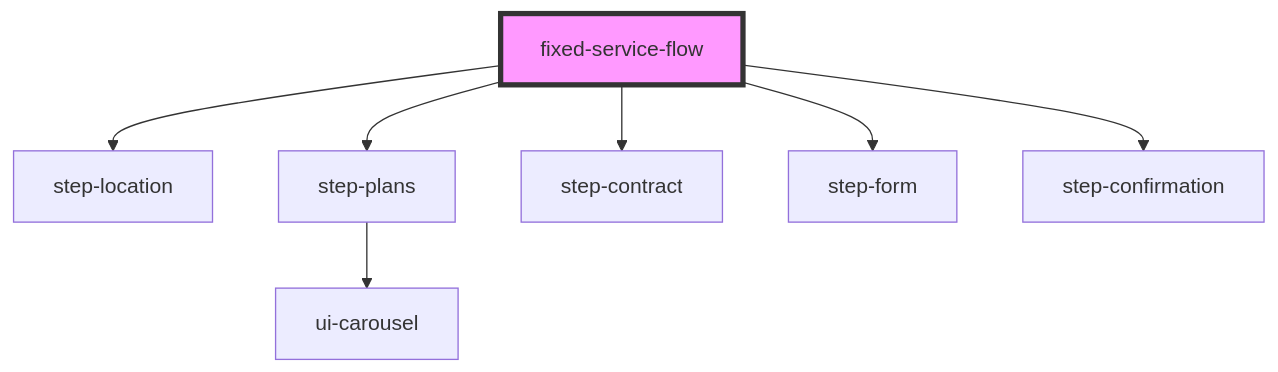
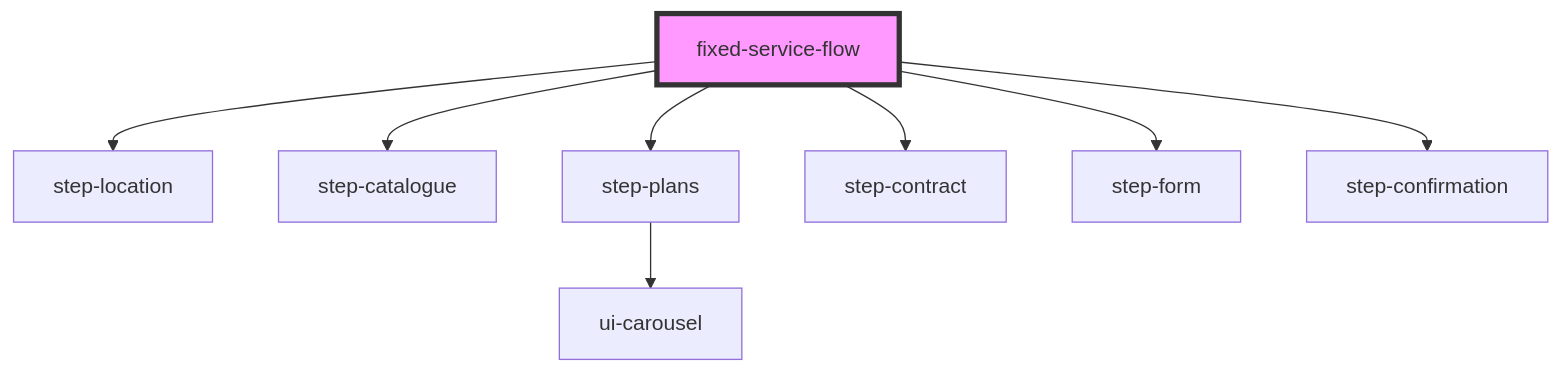
The diagram in fixed-flow-labs/fixed-service-flow/src/components/fixed-service-flow/readme.md (smlzjosue/fixed-service-flow-web-component), drawn with Mermaid before and after one commit. The commit also changed other lines of this file and 10 other files, not shown here.

First line of the commit message:
feat: add CLARO HOGAR catalogue flow and UX improvements

````diff
--- a/fixed-flow-labs/fixed-service-flow/src/components/fixed-service-flow/readme.md
+++ b/fixed-flow-labs/fixed-service-flow/src/components/fixed-service-flow/readme.md
@@ -40,10 +41,11 @@
 ```mermaid
 graph TD;
   fixed-service-flow --> step-location
+  fixed-service-flow --> step-catalogue
   fixed-service-flow --> step-plans
   fixed-service-flow --> step-contract
   fixed-service-flow --> step-form
   fixed-service-flow --> step-confirmation
   step-plans --> ui-carousel
   style fixed-service-flow fill:#f9f,stroke:#333,stroke-width:4px
 ```
````
